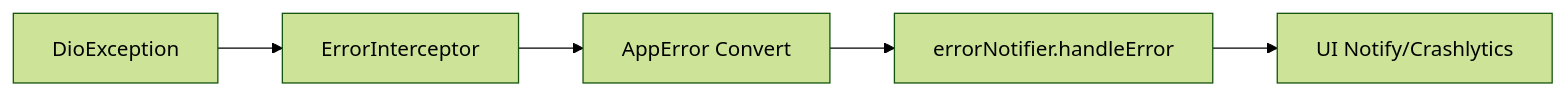
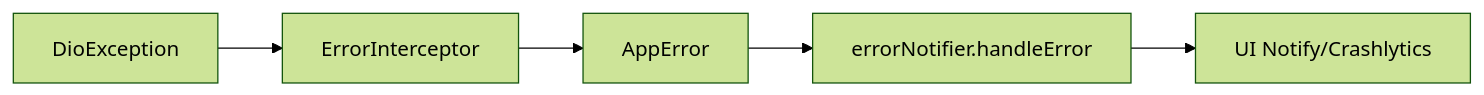
The fourth of 5 diagrams in lib/core/network/document.md (dokimiki/passpal), drawn with Mermaid (forest theme) before and after one commit. The commit also changed other lines of this file and 1 other file, not shown here.

````diff
--- a/lib/core/network/document.md
+++ b/lib/core/network/document.md
@@ -143,7 +146,7 @@
 ```mermaid
 flowchart LR
     A[DioException] --> B[ErrorInterceptor]
-    B --> C[AppError Convert]
+    B --> C[AppError]
     C --> D[errorNotifier.handleError]
     D --> E[UI Notify/Crashlytics]
 ```
````
